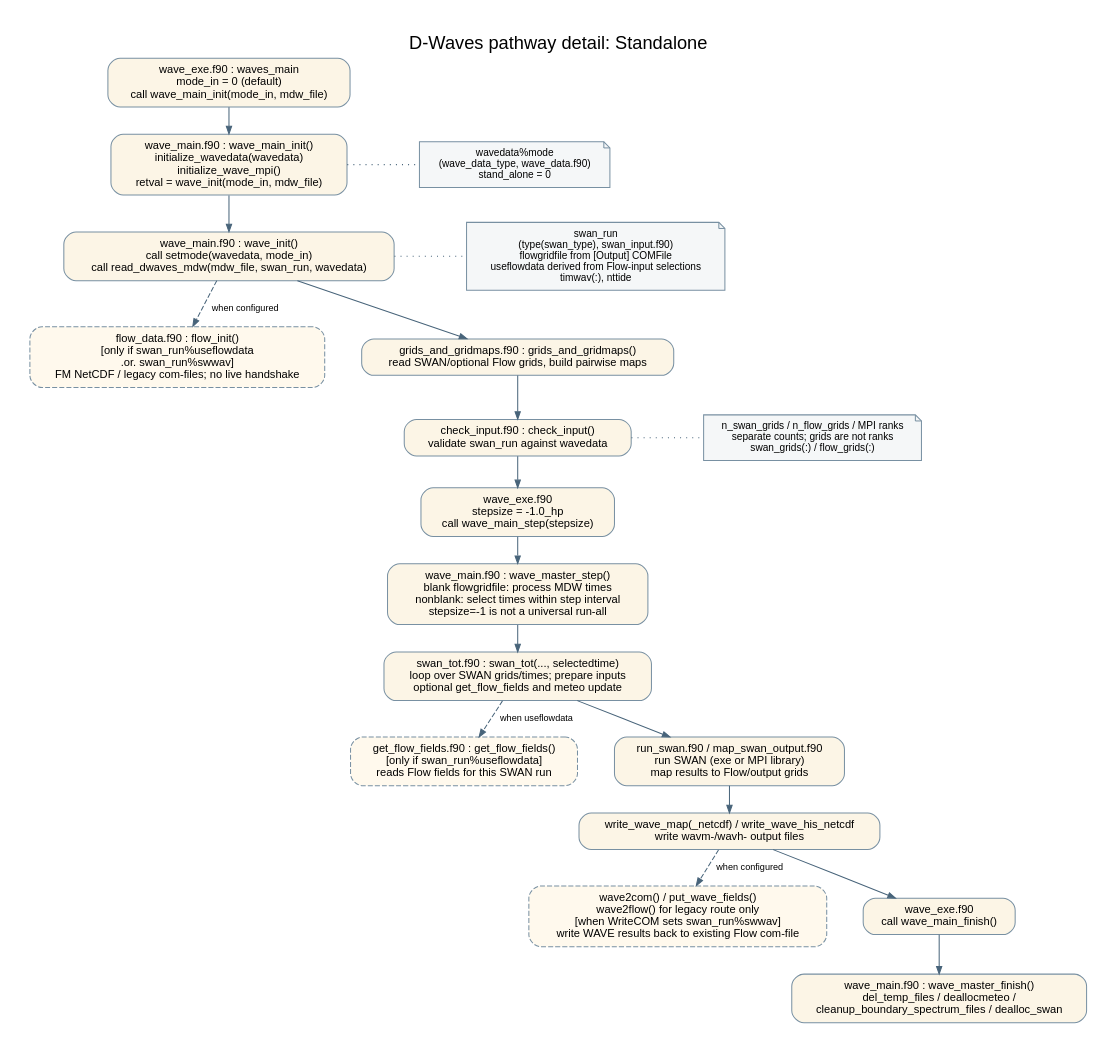
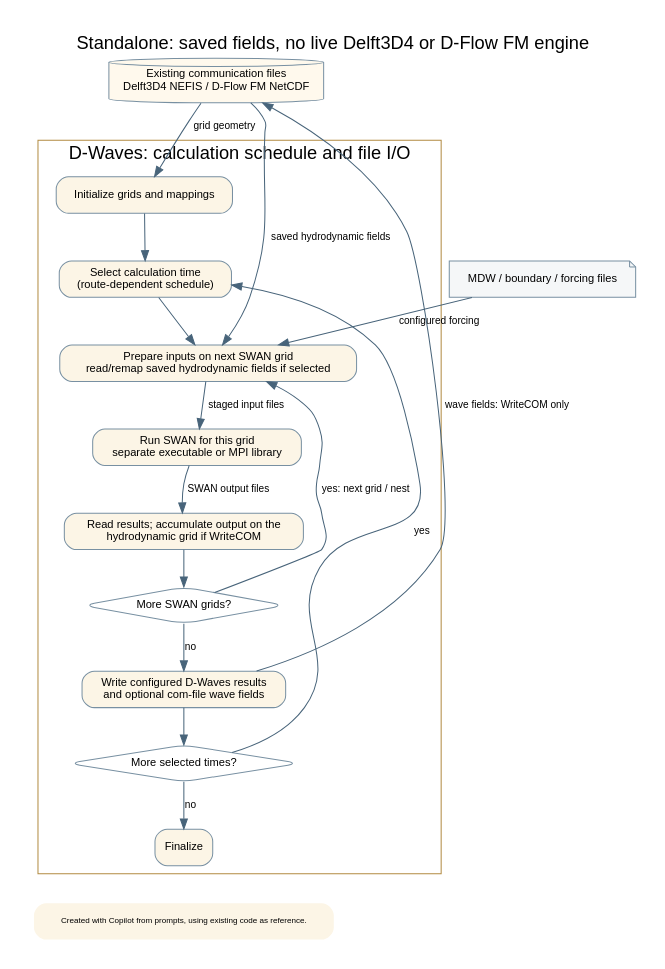
Before and after one commit to Deltares/Delft3D: the diagram in src/engines_gpl/wave/docs/include/dwaves_pathway_standalone_detailed.dot, drawn with Graphviz. The commit also changed 19 other files, not shown here.

```diff
--- a/src/engines_gpl/wave/docs/include/dwaves_pathway_standalone_detailed.dot
+++ b/src/engines_gpl/wave/docs/include/dwaves_pathway_standalone_detailed.dot
@@ -1,54 +1,42 @@
-digraph dwaves_pathway_standalone {
-    graph [
-        label="D-Waves pathway detail: Standalone",
-        labelloc=t,
-        fontsize=18,
-        fontname="Helvetica",
-        rankdir=TB,
-        nodesep=0.5,
-        ranksep=0.35,
-        pad=0.3,
-        bgcolor="white"
-    ];
-    node [fontname="Helvetica", fontsize=11, margin="0.15,0.09"];
-    edge [fontname="Helvetica", fontsize=9, color="#48647A", arrowsize=0.75];
+digraph standalone_communication {
+    graph [label="Standalone: saved fields, no live Delft3D4 or D-Flow FM engine", labelloc=t,
+           fontsize=18, fontname="Helvetica", rankdir=TB, nodesep=0.5,
+           ranksep=0.5, pad=0.3, bgcolor="white"];
+    node [shape=box, style="rounded,filled", fillcolor="#FCF5E6",
+          color="#7890A2", fontname="Helvetica", fontsize=11];
+    edge [fontname="Helvetica", fontsize=10, color="#48647A"];
 
-    node [shape=box, style="rounded,filled", fillcolor="#FCF5E6", color="#7890A2"];
-    exe [label="wave_exe.f90 : waves_main\nmode_in = 0 (default)\ncall wave_main_init(mode_in, mdw_file)"];
-    main_init [label="wave_main.f90 : wave_main_init()\ninitialize_wavedata(wavedata)\ninitialize_wave_mpi()\nretval = wave_init(mode_in, mdw_file)"];
-    wave_init [label="wave_main.f90 : wave_init()\ncall setmode(wavedata, mode_in)\ncall read_dwaves_mdw(mdw_file, swan_run, wavedata)"];
-    flow_init_opt [label="flow_data.f90 : flow_init()\n[only if swan_run%useflowdata\n.or. swan_run%swwav]\nFM NetCDF / legacy com-files; no live handshake", style="rounded,filled,dashed", fillcolor="#FFF9ED"];
-    grids [label="grids_and_gridmaps.f90 : grids_and_gridmaps()\nread SWAN/optional Flow grids, build pairwise maps"];
-    check [label="check_input.f90 : check_input()\nvalidate swan_run against wavedata"];
-    main_step [label="wave_exe.f90\nstepsize = -1.0_hp\ncall wave_main_step(stepsize)"];
-    master_step [label="wave_main.f90 : wave_master_step()\nblank flowgridfile: process MDW times\nnonblank: select times within step interval\nstepsize=-1 is not a universal run-all"];
-    swan_tot [label="swan_tot.f90 : swan_tot(..., selectedtime)\nloop over SWAN grids/times; prepare inputs\noptional get_flow_fields and meteo update"];
-    get_flow [label="get_flow_fields.f90 : get_flow_fields()\n[only if swan_run%useflowdata]\nreads Flow fields for this SWAN run", style="rounded,filled,dashed", fillcolor="#FFF9ED"];
-    run_swan [label="run_swan.f90 / map_swan_output.f90\nrun SWAN (exe or MPI library)\nmap results to Flow/output grids"];
-    write_out [label="write_wave_map(_netcdf) / write_wave_his_netcdf\nwrite wavm-/wavh- output files"];
-    put_back [label="wave2com() / put_wave_fields()\nwave2flow() for legacy route only\n[when WriteCOM sets swan_run%swwav]\nwrite WAVE results back to existing Flow com-file", style="rounded,filled,dashed", fillcolor="#FFF9ED"];
-    main_finish [label="wave_exe.f90\ncall wave_main_finish()"];
-    master_finish [label="wave_main.f90 : wave_master_finish()\ndel_temp_files / deallocmeteo /\ncleanup_boundary_spectrum_files / dealloc_swan"];
-
-    exe -> main_init -> wave_init;
-    wave_init -> flow_init_opt [style=dashed, label="when configured"];
-    wave_init -> grids -> check;
-    check -> main_step -> master_step -> swan_tot;
-    swan_tot -> get_flow [style=dashed, label="when useflowdata"];
-    swan_tot -> run_swan -> write_out;
-    write_out -> put_back [style=dashed, label="when configured"];
-    write_out -> main_finish -> master_finish;
-    { rank=same; flow_init_opt; grids; }
-
-    node [shape=note, style=filled, fillcolor="#F5F7F8", color="#7890A2", fontsize=10];
-    st_mode [label="wavedata%mode\n(wave_data_type, wave_data.f90)\nstand_alone = 0"];
-    st_swanrun [label="swan_run\n(type(swan_type), swan_input.f90)\nflowgridfile from [Output] COMFile\nuseflowdata derived from Flow-input selections\ntimwav(:), nttide"];
-    st_counts [label="n_swan_grids / n_flow_grids / MPI ranks\nseparate counts; grids are not ranks\nswan_grids(:) / flow_grids(:)"];
-
-    { rank=same; main_init; st_mode; }
-    { rank=same; wave_init; st_swanrun; }
-    { rank=same; check; st_counts; }
-    main_init -> st_mode [style=dotted, arrowhead=none, constraint=false];
-    wave_init -> st_swanrun [style=dotted, arrowhead=none, constraint=false];
-    check -> st_counts [style=dotted, arrowhead=none, constraint=false];
+    saved [shape=cylinder, fillcolor="#FFF9ED",
+           label="Existing communication files\nDelft3D4 NEFIS / D-Flow FM NetCDF"];
+    forcing [shape=note, fillcolor="#F5F7F8",
+             label="MDW / boundary / forcing files"];
+    subgraph cluster_wave {
+        label="D-Waves: calculation schedule and file I/O"; color="#B28B42";
+        init [label="Initialize grids and mappings"];
+        time [label="Select calculation time\n(route-dependent schedule)"];
+        inputs [label="Prepare inputs on next SWAN grid\nread/remap saved hydrodynamic fields if selected"];
+        swan [label="Run SWAN for this grid\nseparate executable or MPI library"];
+        collect [label="Read results; accumulate output on the\nhydrodynamic grid if WriteCOM"];
+        nests [shape=diamond, fillcolor="white", label="More SWAN grids?"];
+        outputs [label="Write configured D-Waves results\nand optional com-file wave fields"];
+        times [shape=diamond, fillcolor="white", label="More selected times?"];
+        done [label="Finalize"];
+        init -> time -> inputs;
+        inputs -> swan [label="staged input files"];
+        swan -> collect [label="SWAN output files"];
+        collect -> nests;
+        nests -> inputs [label="yes: next grid / nest", constraint=false];
+        nests -> outputs [label="no"];
+        outputs -> times;
+        times -> time [label="yes", constraint=false];
+        times -> done [label="no"];
+    }
+    saved -> init [label="grid geometry"];
+    saved -> inputs [label="saved hydrodynamic fields"];
+    forcing -> inputs [label="configured forcing"];
+    outputs -> saved [label="wave fields: WriteCOM only", constraint=false];
+    diagram_credit [shape=plaintext, fontsize=8,
+                    label="Created with Copilot from prompts, using existing code as reference."];
+    {rank=sink; diagram_credit;}
+    done -> diagram_credit [style=invis];
 }
```
